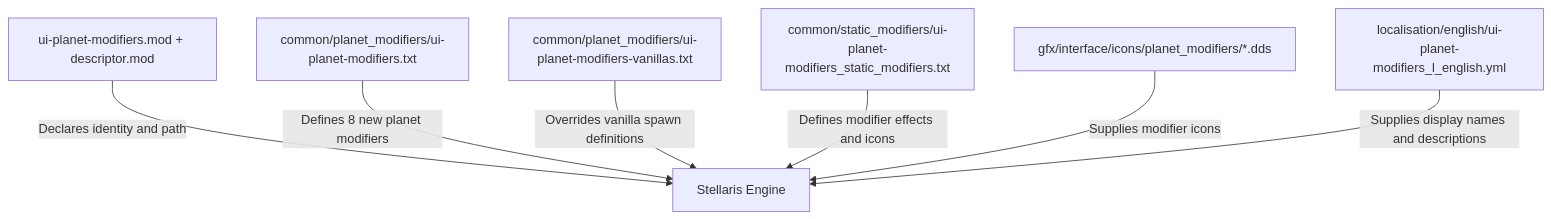
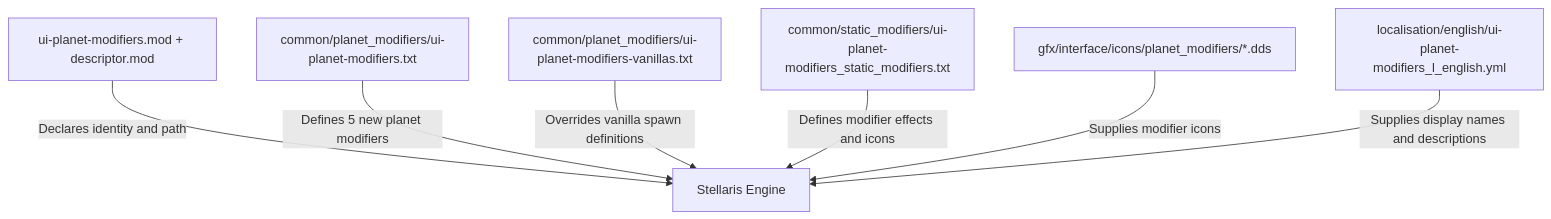
Before and after one commit to hmlendea/stellaris-ui-planet-modifiers: the second of 6 diagrams in ARCHITECTURE.md, drawn with Mermaid. The commit also changed other lines of this file and 30 other files, not shown here.

````diff
--- a/ARCHITECTURE.md
+++ b/ARCHITECTURE.md
@@ -67,9 +67,9 @@
 ```mermaid
 flowchart TB
     Descriptors[ui-planet-modifiers.mod + descriptor.mod] -->|Declares identity and path| Engine[Stellaris Engine]
-    NewDefs[common/planet_modifiers/ui-planet-modifiers.txt] -->|Defines 8 new planet modifiers| Engine
+    NewDefs[common/planet_modifiers/ui-planet-modifiers.txt] -->|Defines 5 new planet modifiers| Engine
     Overrides[common/planet_modifiers/ui-planet-modifiers-vanillas.txt] -->|Overrides vanilla spawn definitions| Engine
     Statics[common/static_modifiers/ui-planet-modifiers_static_modifiers.txt] -->|Defines modifier effects and icons| Engine
     Icons[gfx/interface/icons/planet_modifiers/*.dds] -->|Supplies modifier icons| Engine
     Loc[localisation/english/ui-planet-modifiers_l_english.yml] -->|Supplies display names and descriptions| Engine
 ```
````
